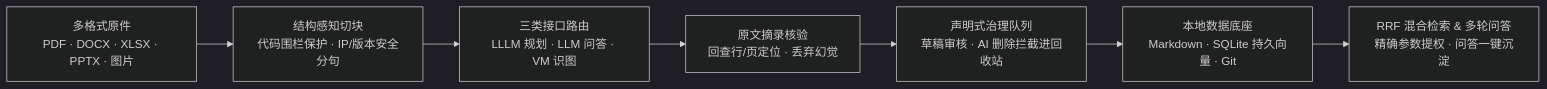
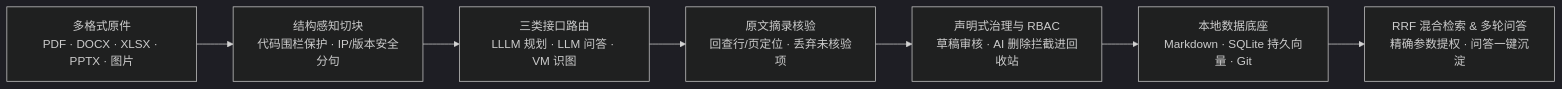
The diagram in README_ZH.md (JoeJiang-927117/Super-Knowledge-Base), drawn with Mermaid (dark theme) before and after one commit. The commit also changed other lines of this file and 21 other files, not shown here.

````diff
--- a/README_ZH.md
+++ b/README_ZH.md
@@ -117,9 +115,9 @@
 ```mermaid
 flowchart LR
     A["多格式原件<br/>PDF · DOCX · XLSX · PPTX · 图片"] --> B["结构感知切块<br/>代码围栏保护 · IP/版本安全分句"]
     B --> C["三类接口路由<br/>LLLM 规划 · LLM 问答 · VM 识图"]
-    C --> D["原文摘录核验<br/>回查行/页定位 · 丢弃幻觉"]
-    D --> E["声明式治理队列<br/>草稿审核 · AI 删除拦截进回收站"]
+    C --> D["原文摘录核验<br/>回查行/页定位 · 丢弃未核验项"]
+    D --> E["声明式治理与 RBAC<br/>草稿审核 · AI 删除拦截进回收站"]
     E --> F["本地数据底座<br/>Markdown · SQLite 持久向量 · Git"]
     F --> G["RRF 混合检索 & 多轮问答<br/>精确参数提权 · 问答一键沉淀"]
 ```
````
